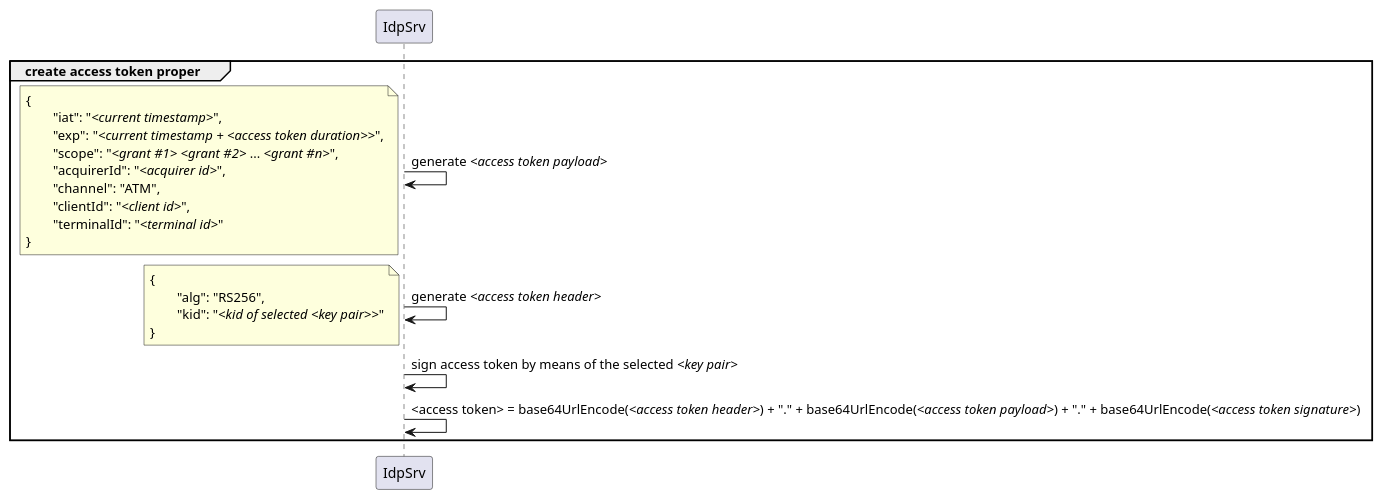
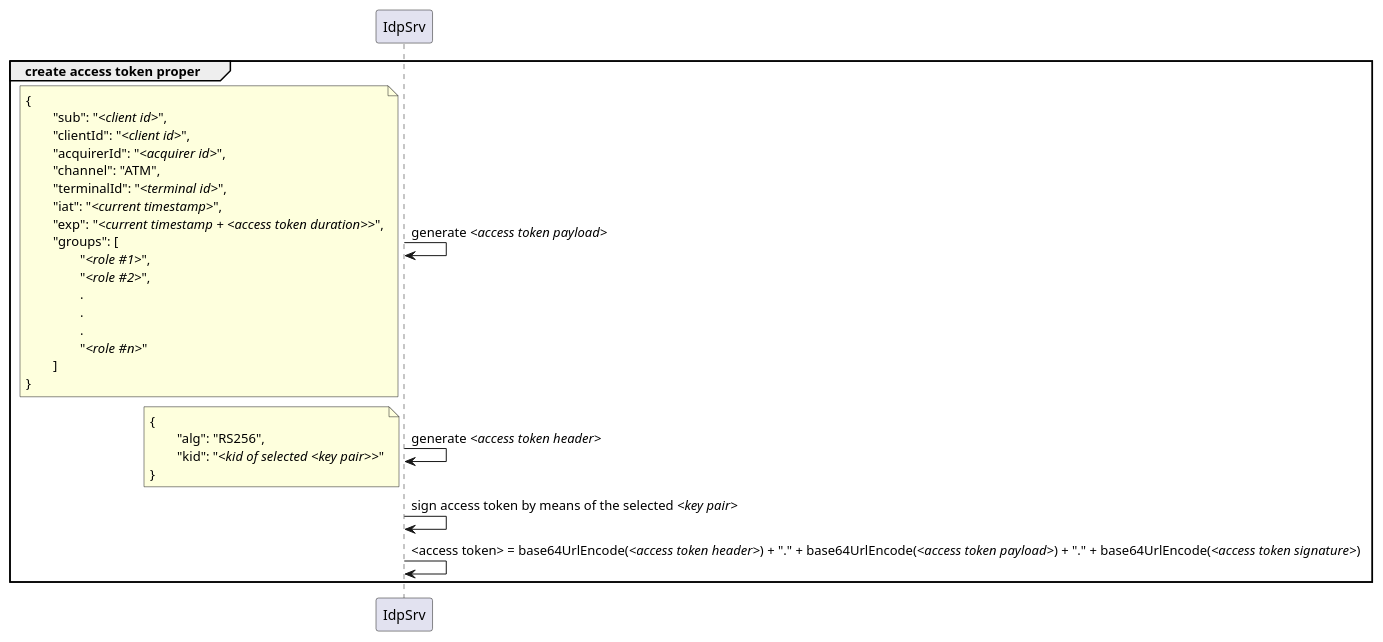
Before and after one commit to pagopa/mil-diags: the diagram in sequence_diags/auth/atm_layer/create_access_token_proper.puml, drawn with PlantUML. The commit also changed 16 other files, not shown here.

```diff
--- a/sequence_diags/auth/atm_layer/create_access_token_proper.puml
+++ b/sequence_diags/auth/atm_layer/create_access_token_proper.puml
@@ -1,31 +1,39 @@
 @startuml
 group create access token proper
 	IdpSrv -> IdpSrv : generate //<access token payload>//
 		note left
 			{
+				"sub": "//<client id>//",
+				"clientId": "//<client id>//",
+				"acquirerId": "//<acquirer id>//",
+				"channel": "ATM",
+				"terminalId": "//<terminal id>//",
 				"iat": "//<current timestamp>//",
 				"exp": "//<current timestamp + <access token duration>>//",
-				"scope": "//<grant #1>// //<grant #2>// ... //<grant #n>//",
-				"acquirerId": "//<acquirer id>//",
-				"channel": "ATM",
-				"clientId": "//<client id>//",
-				"terminalId": "//<terminal id>//" 
+				"groups": [
+					"//<role #1>//",
+					"//<role #2>//",
+					.
+					.
+					.
+					"//<role #n>//"
+				]
 			}
 		end note
 
 
 	IdpSrv -> IdpSrv : generate //<access token header>//
 		note left
 			{
 				"alg": "RS256",
 				"kid": "//<kid of selected <key pair>>//"
 			}
 		end note
 
 
 	IdpSrv -> IdpSrv : sign access token by means of the selected //<key pair>//
 
 
 	IdpSrv -> IdpSrv : <access token> = base64UrlEncode(//<access token header>//) + "." + base64UrlEncode(//<access token payload>//) + "." + base64UrlEncode(//<access token signature>//)
 end
 @enduml
```
